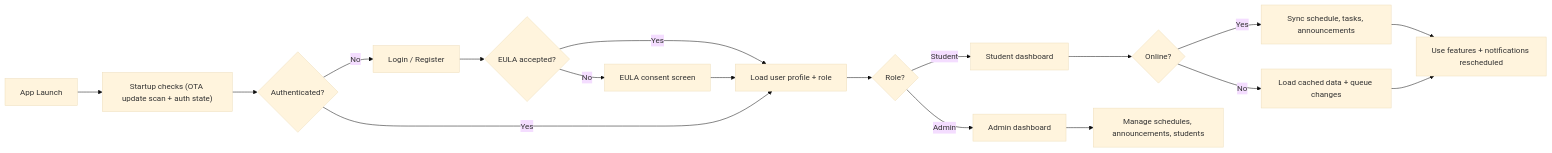
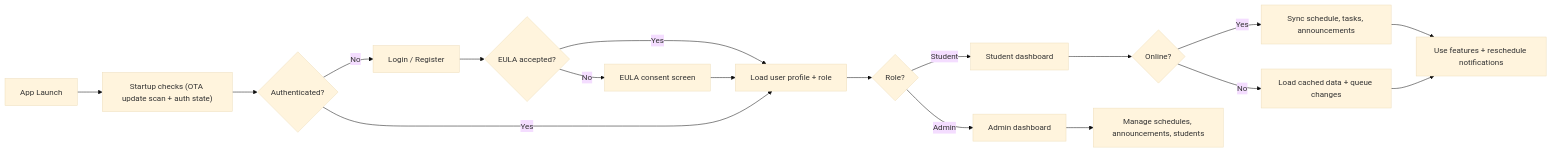
Before and after one commit to markkevinjayson394-bit/Taskk: the second of 3 diagrams in docs/System-Design.md, drawn with Mermaid (base theme). The commit also changed other lines of this file and 250 other files, not shown here.

First line of the commit message:
feat: major refactor — new screen architecture, notification system fixes, test suite

````diff
--- a/docs/System-Design.md
+++ b/docs/System-Design.md
@@ -67,20 +68,20 @@
 ```mermaid
 flowchart LR
   A["App Launch"] --> B["Startup checks (OTA update scan + auth state)"]
   B --> C{"Authenticated?"}
   C -- "No" --> D["Login / Register"]
   D --> E{"EULA accepted?"}
   E -- "No" --> F["EULA consent screen"]
   E -- "Yes" --> G["Load user profile + role"]
   F --> G
   C -- "Yes" --> G
   G --> H{"Role?"}
   H -- "Admin" --> I["Admin dashboard"]
   H -- "Student" --> J["Student dashboard"]
   J --> K{"Online?"}
   K -- "Yes" --> L["Sync schedule, tasks, announcements"]
   K -- "No" --> M["Load cached data + queue changes"]
-  L --> N["Use features + notifications rescheduled"]
+  L --> N["Use features + reschedule notifications"]
   M --> N
   I --> O["Manage schedules, announcements, students"]
 ```
````
